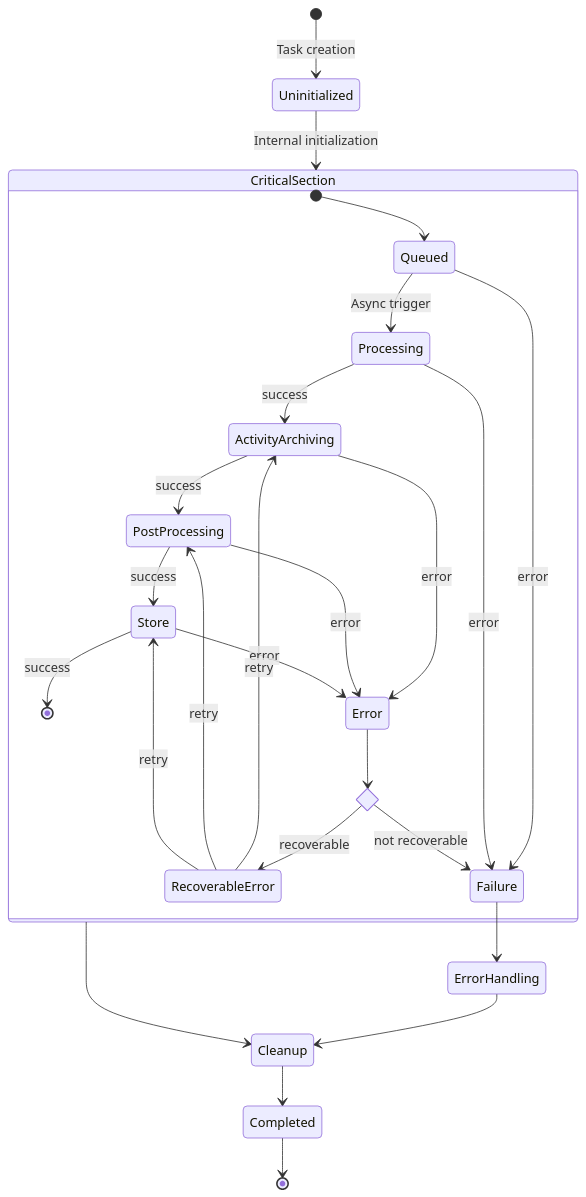
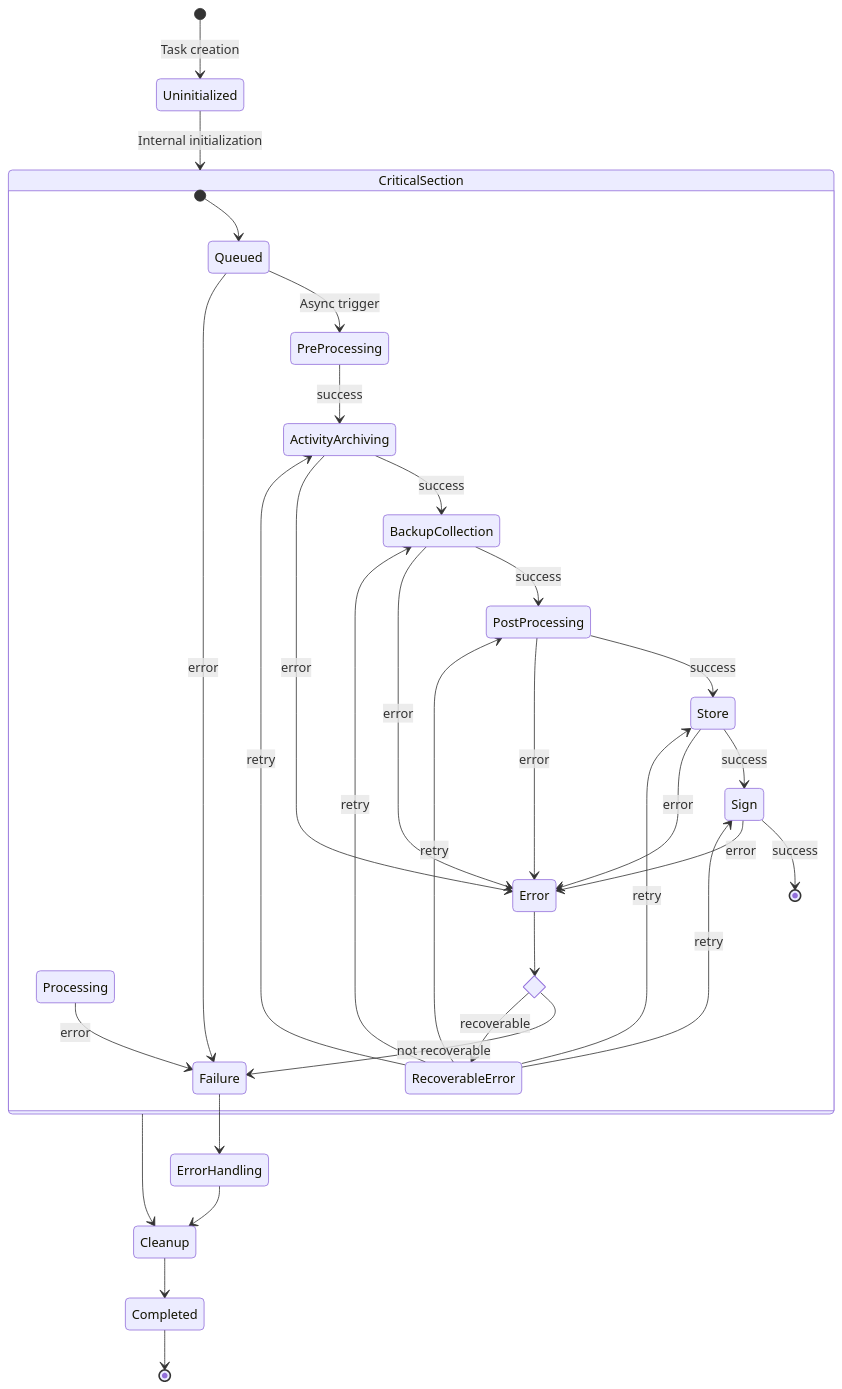
The second of 2 diagrams in docs/dev/api/archive-job-states.md (ngandrass/moodle-local_archiving), drawn with Mermaid before and after one commit. The commit also changed other lines of this file, not shown here.

````diff
--- a/docs/dev/api/archive-job-states.md
+++ b/docs/dev/api/archive-job-states.md
@@ -75,42 +79,48 @@
 ```mermaid
 stateDiagram-v2
     %% Job creation and initialization
     [*] --> Uninitialized : Task creation
     Uninitialized --> CriticalSection : Internal initialization
-    
+
     state CriticalSection {
         %% Success flow
         [*] --> Queued
-        Queued --> Processing : Async trigger
-        Processing --> ActivityArchiving : success
-        ActivityArchiving --> PostProcessing : success
+        Queued --> PreProcessing : Async trigger
+        PreProcessing --> ActivityArchiving : success
+        ActivityArchiving --> BackupCollection : success
+        BackupCollection --> PostProcessing : success
         PostProcessing --> Store : success
-        Store --> [*] : success
-        
+        Store --> Sign : success
+        Sign --> [*] : success
+
         %% Error transitions
         Queued --> Failure : error
         Processing --> Failure : error
         ActivityArchiving --> Error : error
+        BackupCollection --> Error : error
         PostProcessing --> Error : error
         Store --> Error : error
-        
+        Sign --> Error : error
+
         %% Error recovery and retries
         state if_recoverable <<choice>>
         Error --> if_recoverable
         if_recoverable --> Failure : not recoverable
         if_recoverable --> RecoverableError : recoverable
-        
+
         RecoverableError --> ActivityArchiving : retry
+        RecoverableError --> BackupCollection : retry
         RecoverableError --> PostProcessing : retry
         RecoverableError --> Store : retry
+        RecoverableError --> Sign: retry
     }
 
     %% Cleanup
     CriticalSection --> Cleanup
     Cleanup --> Completed
     Completed --> [*]
-    
+
     %% Error handling
     Failure --> ErrorHandling
     ErrorHandling --> Cleanup
 ```
````
